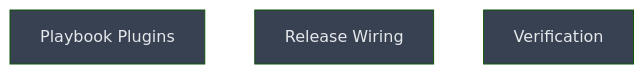
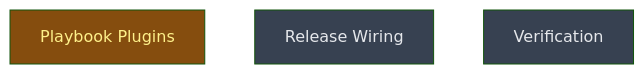
The diagram in __roadmap__/agent_plugin_nest/generator/rollout/README.md (CrackingShells/cracking-shells-playbook), drawn with Mermaid (forest theme) before and after one commit. The commit also changed other lines of this file and 1 other file, not shown here.

````diff
--- a/__roadmap__/agent_plugin_nest/generator/rollout/README.md
+++ b/__roadmap__/agent_plugin_nest/generator/rollout/README.md
@@ -23,11 +23,11 @@
 ```mermaid
 graph TD
-    playbook_plugins[Playbook Plugins]:::planned
+    playbook_plugins[Playbook Plugins]:::inprogress
     release_wiring[Release Wiring]:::planned
     verify[Verification]:::planned
     classDef done       fill:#166534,color:#bbf7d0
     classDef inprogress fill:#854d0e,color:#fef08a
     classDef planned    fill:#374151,color:#e5e7eb
     classDef amendment  fill:#1e3a5f,color:#bfdbfe
     classDef blocked    fill:#7f1d1d,color:#fecaca
 ```
````
